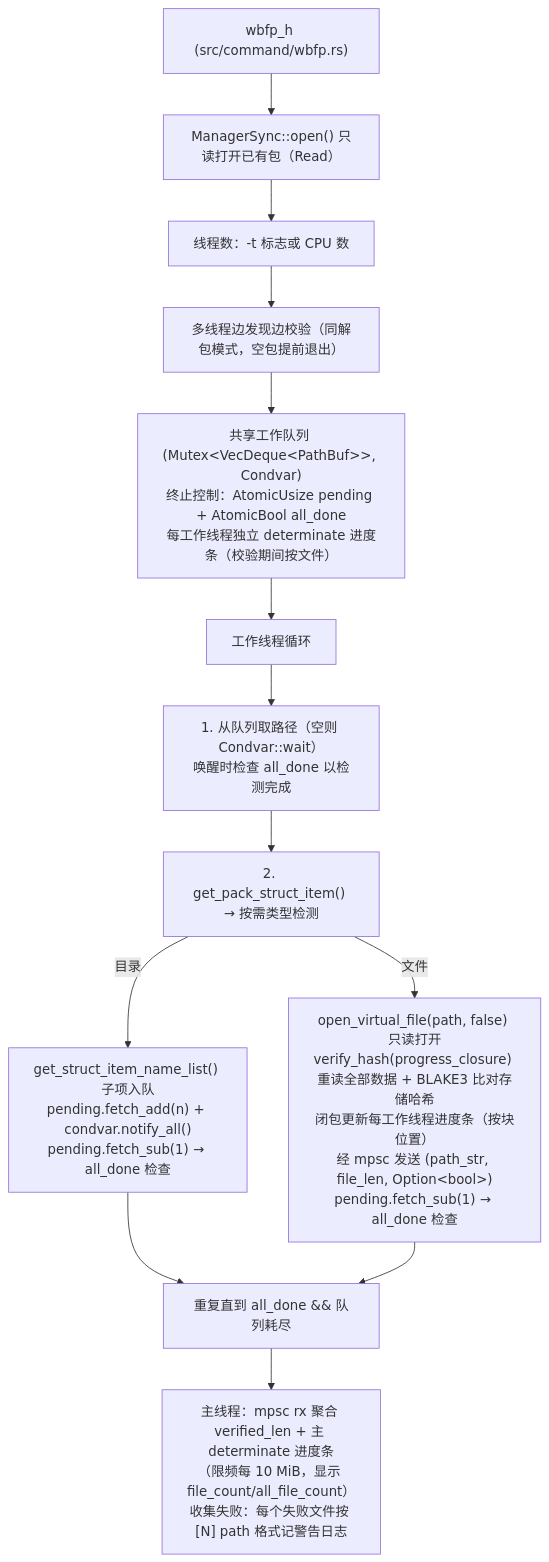
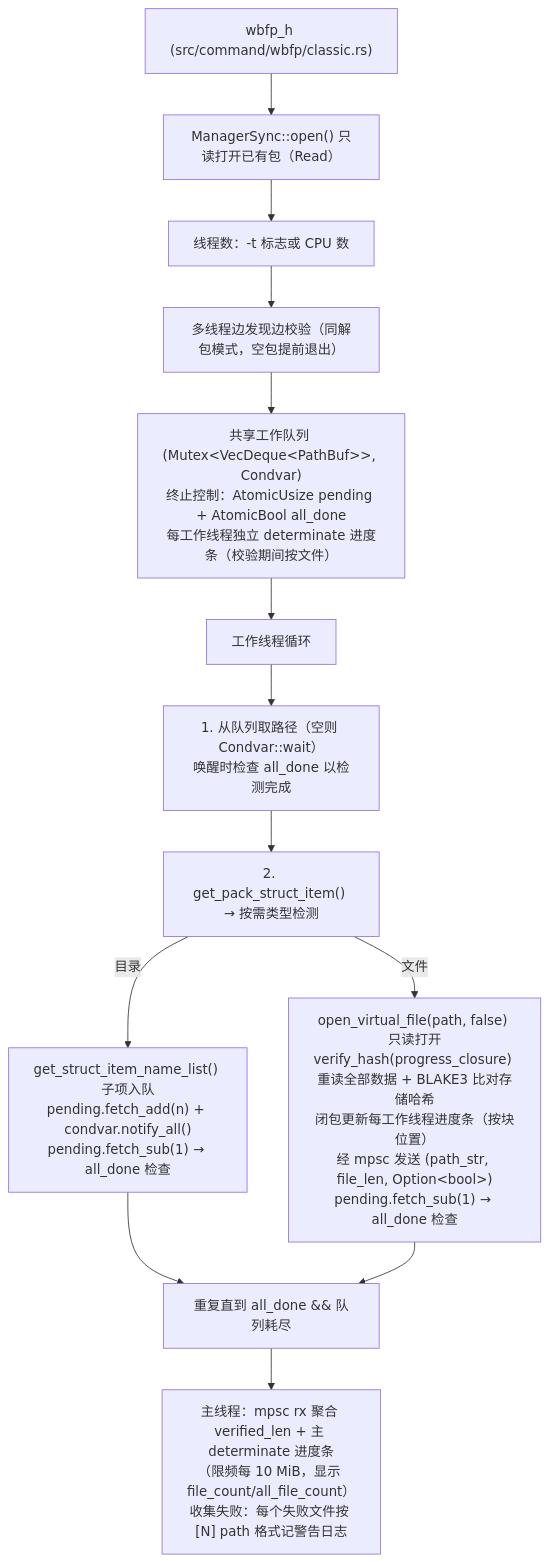
One commit to WaterBall20/water_ball_tool changed the seventh of 9 diagrams in docs/zh_CN/ARCHITECTURE.md. Above: the diagram before and after it, drawn with Mermaid. The commit also changed other lines of this file and 63 other files, not shown here.

````diff
--- a/docs/zh_CN/ARCHITECTURE.md
+++ b/docs/zh_CN/ARCHITECTURE.md
@@ -889,15 +937,15 @@
 ```mermaid
 flowchart TD
-    H["wbfp_h (src/command/wbfp.rs)"] --> O["ManagerSync::open() 只读打开已有包（Read）"]
+    H["wbfp_h (src/command/wbfp/classic.rs)"] --> O["ManagerSync::open() 只读打开已有包（Read）"]
     O --> TC["线程数：-t 标志或 CPU 数"]
     TC --> DIS["多线程边发现边校验（同解包模式，空包提前退出）"]
     DIS --> Q["共享工作队列 (Mutex&lt;VecDeque&lt;PathBuf&gt;&gt;, Condvar)<br/>终止控制：AtomicUsize pending + AtomicBool all_done<br/>每工作线程独立 determinate 进度条（校验期间按文件）"]
     Q --> W["工作线程循环"]
     W --> W1["1. 从队列取路径（空则 Condvar::wait）<br/>唤醒时检查 all_done 以检测完成"]
     W1 --> W2["2. get_pack_struct_item() → 按需类型检测"]
     W2 -->|目录| WD["get_struct_item_name_list() 子项入队<br/>pending.fetch_add(n) + condvar.notify_all()<br/>pending.fetch_sub(1) → all_done 检查"]
     W2 -->|文件| WF["open_virtual_file(path, false) 只读打开<br/>verify_hash(progress_closure) 重读全部数据 + BLAKE3 比对存储哈希<br/>闭包更新每工作线程进度条（按块位置）<br/>经 mpsc 发送 (path_str, file_len, Option&lt;bool&gt;)<br/>pending.fetch_sub(1) → all_done 检查"]
     WD --> WLOOP["重复直到 all_done && 队列耗尽"]
     WF --> WLOOP
     WLOOP --> M["主线程：mpsc rx 聚合 verified_len + 主 determinate 进度条<br/>（限频每 10 MiB，显示 file_count/all_file_count）<br/>收集失败：每个失败文件按 [N] path 格式记警告日志"]
 ```
````
